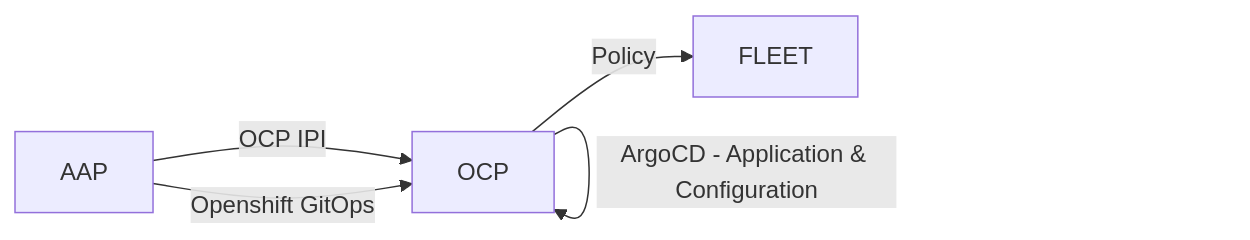
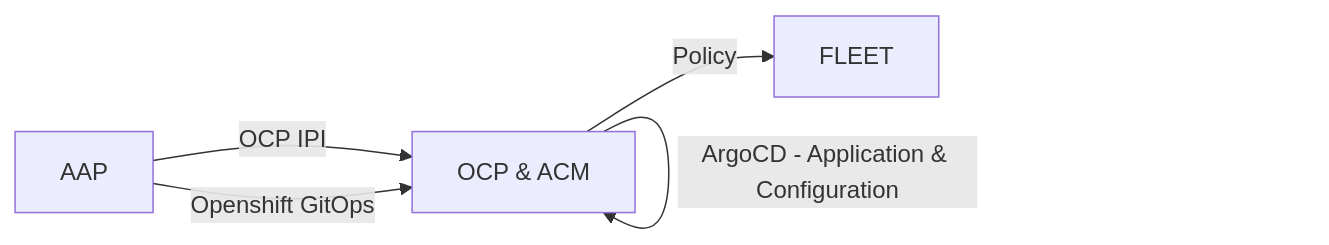
One commit to cdoan1/static-site-starter-src changed the first of 2 diagrams in docs/design.md. Above: the diagram before and after it, drawn with Mermaid. The commit also changed other lines of this file, not shown here.

````diff
--- a/docs/design.md
+++ b/docs/design.md
@@ -45,7 +45,7 @@
 ```mermaid
 graph LR
     AAP --> |OCP IPI| OCP
-    AAP --> |Openshift GitOps| OCP
+    AAP --> |Openshift GitOps| OCP[OCP & ACM]
     OCP --> |ArgoCD - Application & Configuration| OCP
     OCP --> |Policy| FLEET
 ```
````
